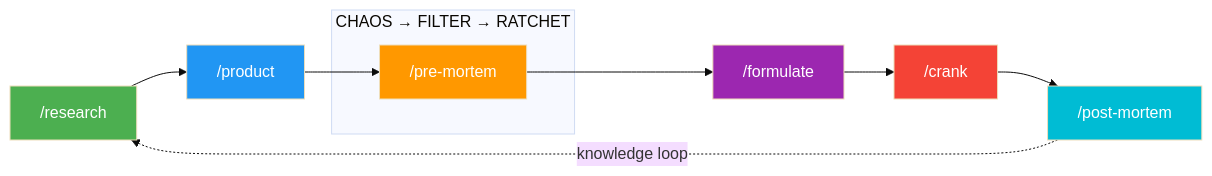
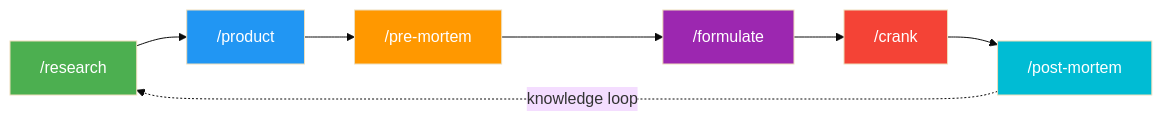
The first of 3 diagrams in README.md (ArronRigby/agentops), drawn with Mermaid (base theme) before and after one commit.

Commit message:
fix: remove overlapping subgraph from RPI diagram

````diff
--- a/README.md
+++ b/README.md
@@ -47,20 +47,16 @@
 ```mermaid
 flowchart LR
     R["/research"] --> P["/product"]
     P --> PM["/pre-mortem"]
     PM --> F["/formulate"]
     F --> C["/crank"]
     C --> POST["/post-mortem"]
     POST -.->|knowledge loop| R
 
-    subgraph chaos["CHAOS → FILTER → RATCHET"]
-        PM
-    end
-
     style R fill:#4CAF50,color:#fff
     style P fill:#2196F3,color:#fff
     style PM fill:#FF9800,color:#fff
     style F fill:#9C27B0,color:#fff
     style C fill:#F44336,color:#fff
     style POST fill:#00BCD4,color:#fff
 ```
````
